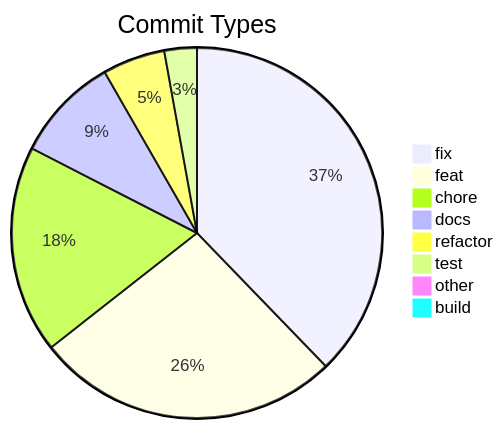
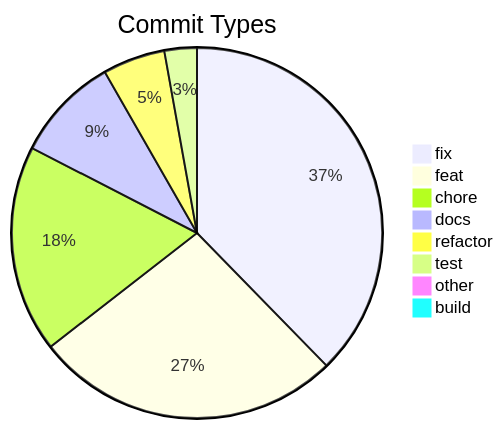
The diagram in .shipwright/compliance/change-history.md (svenroth-ai/shipwright-webui), drawn with Mermaid before and after one commit. The commit also changed other lines of this file and 21 other files, not shown here.

````diff
--- a/.shipwright/compliance/change-history.md
+++ b/.shipwright/compliance/change-history.md
@@ -8,11 +8,11 @@
 ```mermaid
 pie title Commit Types
     "fix" : 173
-    "feat" : 122
+    "feat" : 123
     "chore" : 83
     "docs" : 42
     "refactor" : 25
     "test" : 13
     "other" : 4
     "build" : 1
 ```
````
